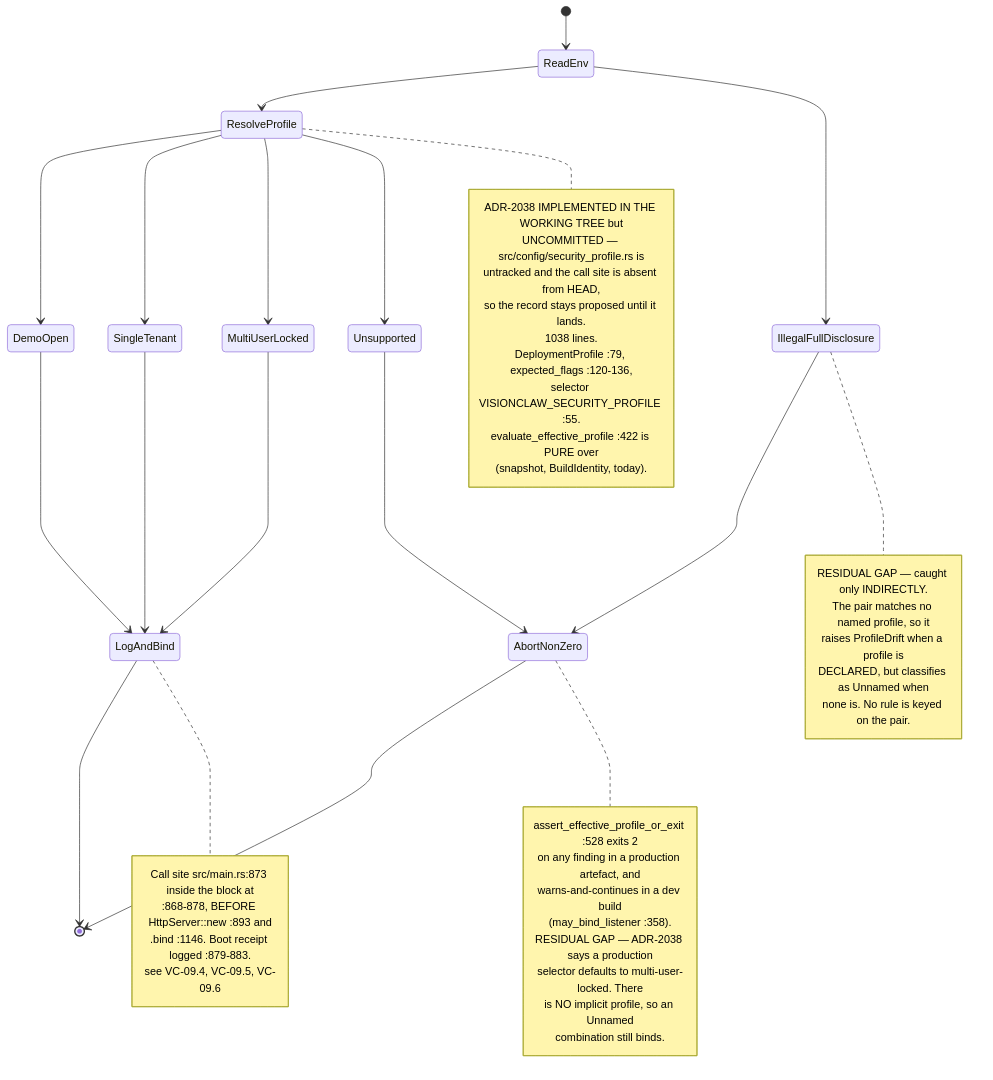
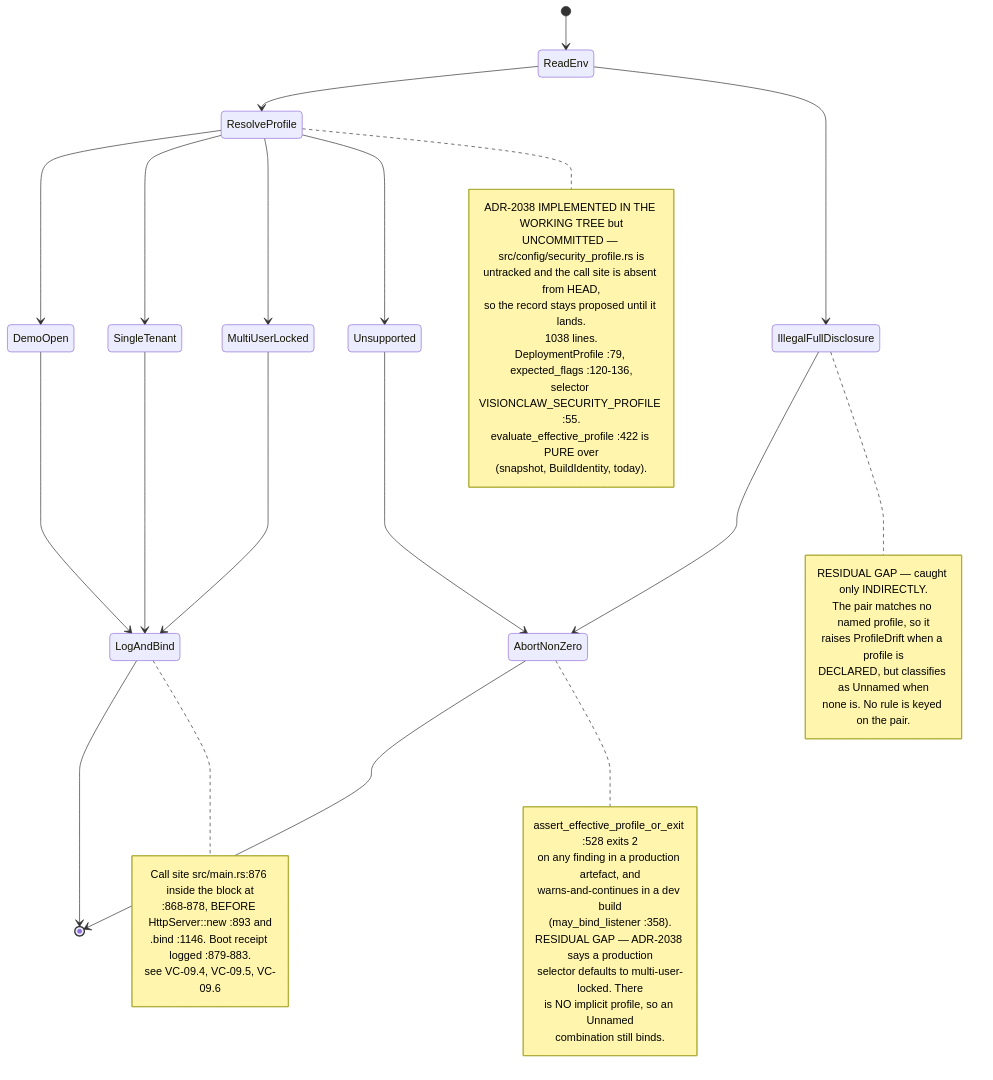
Before and after one commit to DreamLab-AI/AR-AI-Knowledge-Graph: the seventh of 10 diagrams in docs/diagrams/estate/10-deployment-and-security-profiles.md, drawn with Mermaid. The commit also changed other lines of this file and 73 other files, not shown here.

First line of the commit message:
docs(diagrams): re-verify all 71 topic files against HEAD; add --cite-check

````diff
--- a/docs/diagrams/estate/10-deployment-and-security-profiles.md
+++ b/docs/diagrams/estate/10-deployment-and-security-profiles.md
@@ -252,52 +252,52 @@
 ```mermaid
 stateDiagram-v2
     [*] --> ReadEnv
     ReadEnv --> ResolveProfile
     ResolveProfile --> DemoOpen
     ResolveProfile --> SingleTenant
     ResolveProfile --> MultiUserLocked
     ResolveProfile --> Unsupported
     DemoOpen --> LogAndBind
     SingleTenant --> LogAndBind
     MultiUserLocked --> LogAndBind
     Unsupported --> AbortNonZero
     ReadEnv --> IllegalFullDisclosure
     IllegalFullDisclosure --> AbortNonZero
     LogAndBind --> [*]
     AbortNonZero --> [*]
 
     note right of ResolveProfile
         ADR-2038 IMPLEMENTED IN THE WORKING TREE but
         UNCOMMITTED — src/config/security_profile.rs is
         untracked and the call site is absent from HEAD,
         so the record stays proposed until it lands.
         1038 lines.
         DeploymentProfile :79, expected_flags :120-136,
         selector VISIONCLAW_SECURITY_PROFILE :55.
         evaluate_effective_profile :422 is PURE over
         (snapshot, BuildIdentity, today).
     end note
     note right of IllegalFullDisclosure
         RESIDUAL GAP — caught only INDIRECTLY.
         The pair matches no named profile, so it
         raises ProfileDrift when a profile is
         DECLARED, but classifies as Unnamed when
         none is. No rule is keyed on the pair.
     end note
     note right of AbortNonZero
         assert_effective_profile_or_exit :528 exits 2
         on any finding in a production artefact, and
         warns-and-continues in a dev build
         (may_bind_listener :358).
         RESIDUAL GAP — ADR-2038 says a production
         selector defaults to multi-user-locked. There
         is NO implicit profile, so an Unnamed
         combination still binds.
     end note
     note right of LogAndBind
-        Call site src/main.rs:873 inside the block at
+        Call site src/main.rs:876 inside the block at
         :868-878, BEFORE HttpServer::new :893 and
         .bind :1146. Boot receipt logged :879-883.
         see VC-09.4, VC-09.5, VC-09.6
     end note
 ```
````
